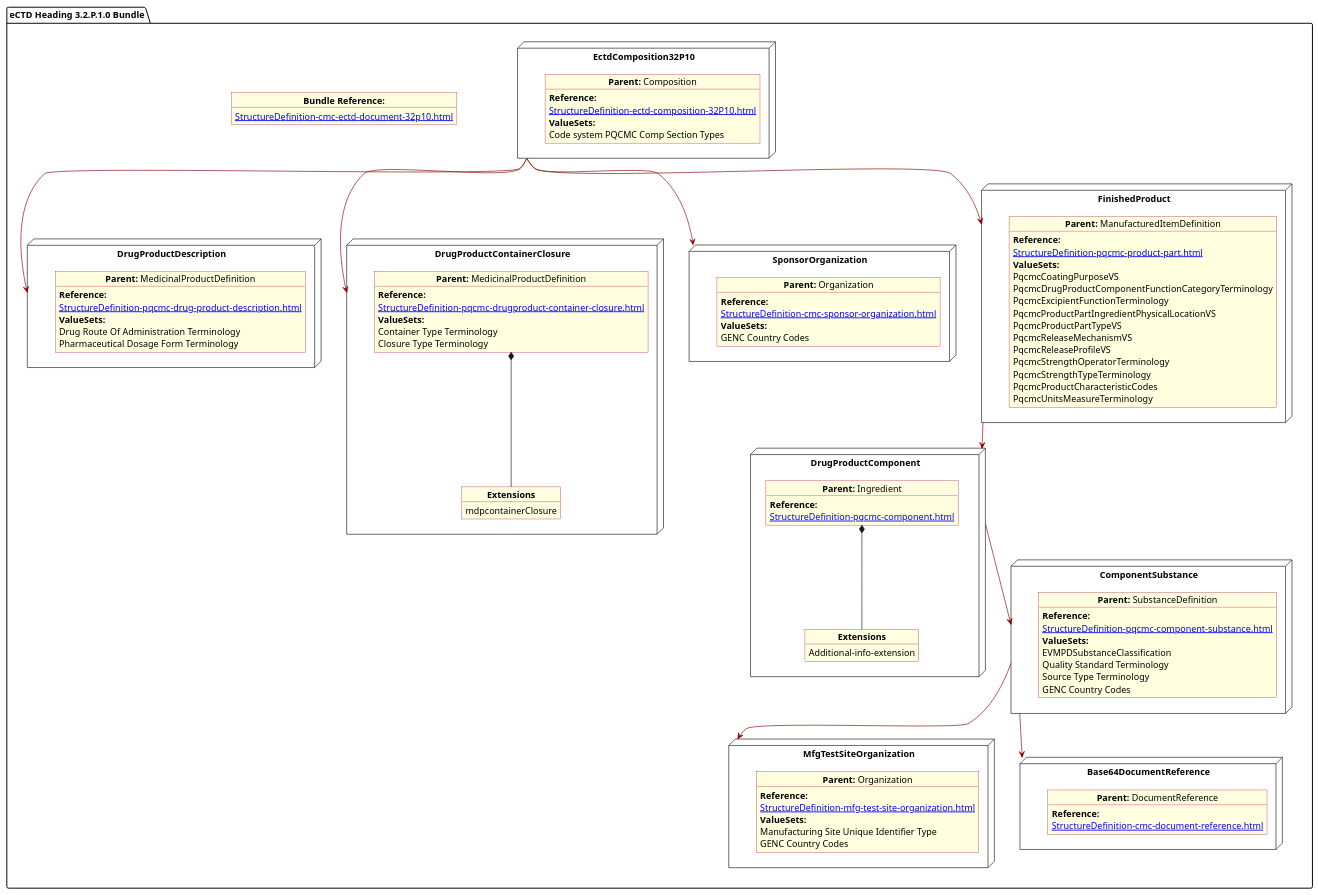
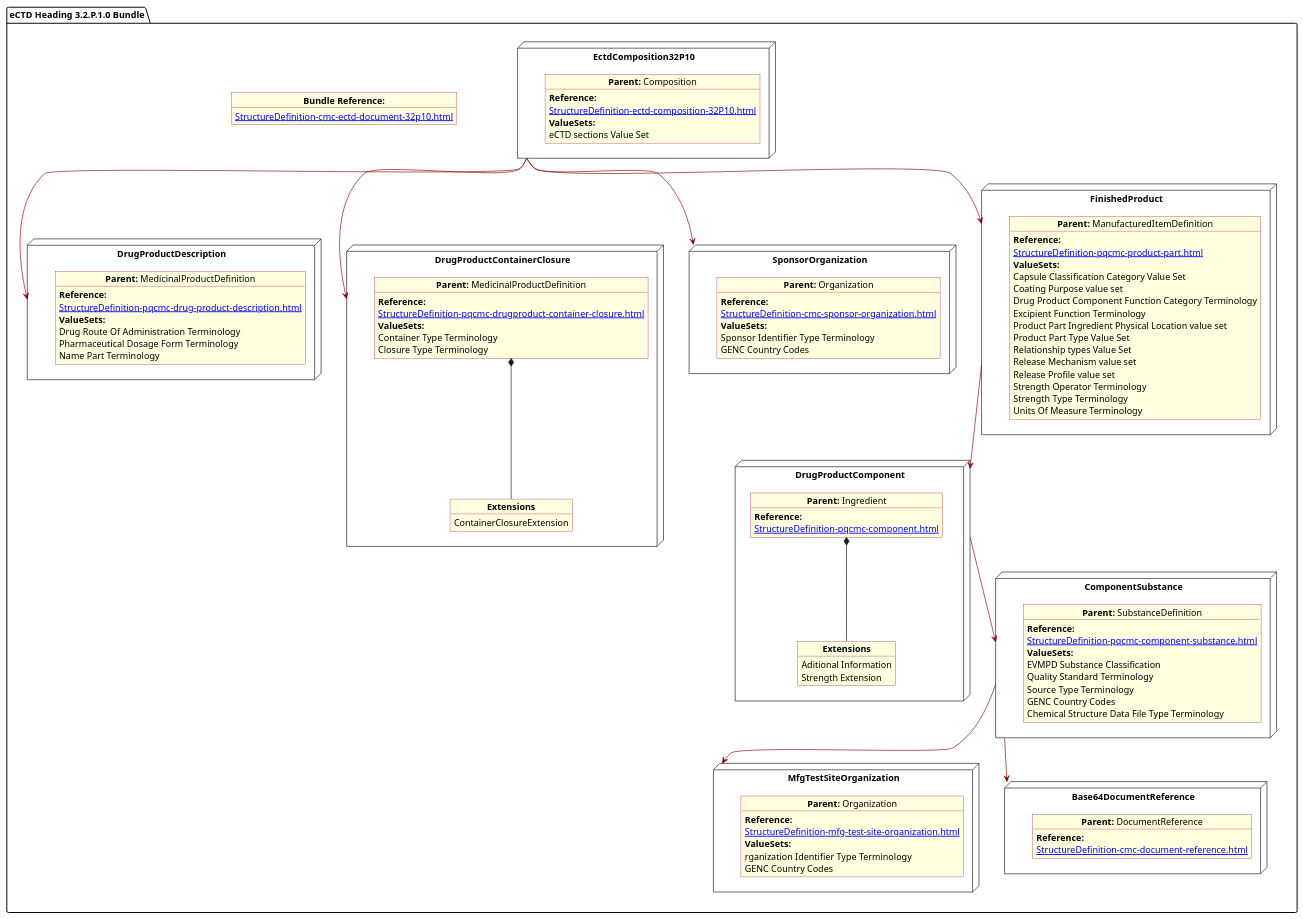
Before and after one commit to HL7/FHIR-us-pq-cmc-fda: the diagram in input/images-source/ProdDesComp.plantuml, drawn with PlantUML. The commit also changed 41 other files, not shown here.

Commit message:
PlantUML and specifcation

```diff
--- a/input/images-source/ProdDesComp.plantuml
+++ b/input/images-source/ProdDesComp.plantuml
@@ -1,119 +1,137 @@
 @startuml ProdDesComp
 allowmixing
 'Mixed model of use case and object
 skinparam svgDimensionStyle false
 skinparam ObjectBackgroundColor LightYellow
 skinparam ObjectBorderColor #A80036
 skinparam activityDiamondBorderColor #A80036
 skinparam activityDiamondBackgroundColor lawnGreen
 skinparam ClassBorderThickness 4
 
 package "eCTD Heading 3.2.P.1.0 Bundle" as NODES {
-object "**Bundle Reference:**" as objbun {
-              [[StructureDefinition-cmc-ectd-document-32p10.html]]
-    }  
-  node "DrugProductDescription" as N2 { 
-      object "**Parent:** MedicinalProductDefinition" as obj2 {
-         **Reference:**
+  object "**Bundle Reference:**" as objbun {
+    [[StructureDefinition-cmc-ectd-document-32p10.html]]
+  }
+
+  node "DrugProductDescription" as N2 {
+
+    object "**Parent:** MedicinalProductDefinition" as obj2 {
+      **Reference:**
       [[StructureDefinition-pqcmc-drug-product-description.html]]
-        **ValueSets:**
-        Drug Route Of Administration Terminology
-        Pharmaceutical Dosage Form Terminology
+      **ValueSets:**
+      Drug Route Of Administration Terminology
+      Pharmaceutical Dosage Form Terminology
+      Name Part Terminology
     }
-}
-  node "EctdComposition32P10" as N1 { 
-      object "**Parent:** Composition" as obj1 {
-         **Reference:**
+  }
+  node "EctdComposition32P10" as N1 {
+
+    object "**Parent:** Composition" as obj1 {
+      **Reference:**
       [[StructureDefinition-ectd-composition-32P10.html]]
       **ValueSets:**
-  Code system PQCMC Comp Section Types
-    }   
-}
-node "DrugProductContainerClosure" as N21 { 
-      object "**Parent:** MedicinalProductDefinition" as obj22 {
-        **Reference:**
+      eCTD sections Value Set
+    }
+
+  }
+  node "DrugProductContainerClosure" as N21 {
+
+    object "**Parent:** MedicinalProductDefinition" as obj22 {
+      **Reference:**
       [[StructureDefinition-pqcmc-drugproduct-container-closure.html]]
-        **ValueSets:**
-        Container Type Terminology
-        Closure Type Terminology
+      **ValueSets:**
+      Container Type Terminology
+      Closure Type Terminology
     }
     object "**Extensions**" as objEx {
-        mdpcontainerClosure
+      ContainerClosureExtension
     }
     obj22 *-- objEx
-}
+  }
 
-node "SponsorOrganization" as NSO { 
-      object "**Parent:** Organization" as objAu {
-         **Reference:**
+  node "SponsorOrganization" as NSO {
+
+    object "**Parent:** Organization" as objAu {
+      **Reference:**
       [[StructureDefinition-cmc-sponsor-organization.html]]
-        **ValueSets:**
-        GENC Country Codes
+      **ValueSets:**
+      Sponsor Identifier Type Terminology
+      GENC Country Codes
     }
-}
-node "FinishedProduct"as MID {
-object "**Parent:** ManufacturedItemDefinition" as objMID { 
-         **Reference:**
+  }
+  node "FinishedProduct"as MID {
+    object "**Parent:** ManufacturedItemDefinition" as objMID {
+
+      **Reference:**
       [[StructureDefinition-pqcmc-product-part.html]]
       **ValueSets:**
-      PqcmcCoatingPurposeVS
-      PqcmcDrugProductComponentFunctionCategoryTerminology
-      PqcmcExcipientFunctionTerminology
-      PqcmcProductPartIngredientPhysicalLocationVS
-      PqcmcProductPartTypeVS
-      PqcmcReleaseMechanismVS
-      PqcmcReleaseProfileVS
-      PqcmcStrengthOperatorTerminology
-      PqcmcStrengthTypeTerminology
-      PqcmcProductCharacteristicCodes
-      PqcmcUnitsMeasureTerminology
-      }
-}
-node "MfgTestSiteOrganization" as NMFG { 
-      object "**Parent:** Organization" as objDP {
-           **Reference:**
+      Capsule Classification Category Value Set
+      Coating Purpose value set
+      Drug Product Component Function Category Terminology
+      Excipient Function Terminology
+      Product Part Ingredient Physical Location value set
+      Product Part Type Value Set
+      Relationship types Value Set
+      Release Mechanism value set
+      Release Profile value set
+      Strength Operator Terminology
+      Strength Type Terminology
+      Units Of Measure Terminology
+    }
+  }
+  node "MfgTestSiteOrganization" as NMFG {
+
+    object "**Parent:** Organization" as objDP {
+      **Reference:**
       [[StructureDefinition-mfg-test-site-organization.html]]
-         **ValueSets:**
-        Manufacturing Site Unique Identifier Type
-	    GENC Country Codes
+      **ValueSets:**
+      rganization Identifier Type Terminology
+      GENC Country Codes
     }
-}
+  }
 
-node "DrugProductComponent" as NN { 
-      object "**Parent:** Ingredient" as obj3 {
-           **Reference:**
+  node "DrugProductComponent" as NN {
+
+    object "**Parent:** Ingredient" as obj3 {
+      **Reference:**
       [[StructureDefinition-pqcmc-component.html]]
-      }
-      object "**Extensions**" as objExs {
-        Additional-info-extension
+    }
+    object "**Extensions**" as objExs {
+      Aditional Information
+      Strength Extension
     }
     obj3 *-- objExs
-}
+  }
 
-node "ComponentSubstance" as NCS { 
-      object "**Parent:** SubstanceDefinition" as objSubDef {
-           **Reference:**
+  node "ComponentSubstance" as NCS {
+
+    object "**Parent:** SubstanceDefinition" as objSubDef {
+      **Reference:**
       [[StructureDefinition-pqcmc-component-substance.html]]
-        **ValueSets:**
-        EVMPDSubstanceClassification
-        Quality Standard Terminology
-        Source Type Terminology
-        GENC Country Codes
+      **ValueSets:**
+      EVMPD Substance Classification
+      Quality Standard Terminology
+      Source Type Terminology
+      GENC Country Codes
+      Chemical Structure Data File Type Terminology
     }
-}
-node "Base64DocumentReference" as NB64 { 
-      object "**Parent:** DocumentReference"  as obj64 {  
-       **Reference:**
-      [[StructureDefinition-cmc-document-reference.html]] 
-    }   
-}
+  }
+  node "Base64DocumentReference" as NB64 {
 
-N1 -[#darkred]-> N2
-N1 -[#darkred]-> MID
-N1 -[#darkred]-> NSO
-N1 -[#darkred]-> N21
-MID -[#darkred]-> NN
-NCS -[#darkred]-> NMFG
-NN -[#darkred]-> NCS
-NCS -[#darkred]-> NB64
-@enduml
+    object "**Parent:** DocumentReference"  as obj64 {
+
+      **Reference:**
+      [[StructureDefinition-cmc-document-reference.html]]
+    }
+
+  }
+
+  N1 -[#darkred]-> N2
+  N1 -[#darkred]-> MID
+  N1 -[#darkred]-> NSO
+  N1 -[#darkred]-> N21
+  MID -[#darkred]-> NN
+  NCS -[#darkred]-> NMFG
+  NN -[#darkred]-> NCS
+  NCS -[#darkred]-> NB64
+  @enduml
```
